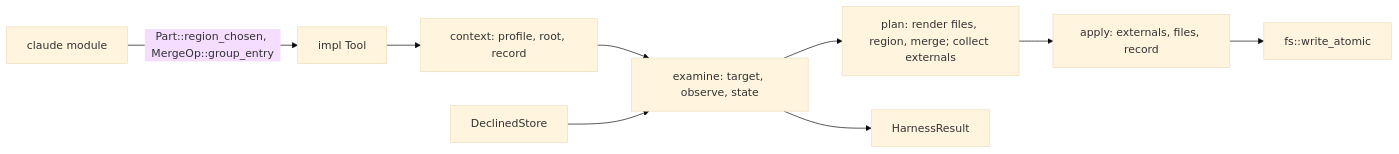
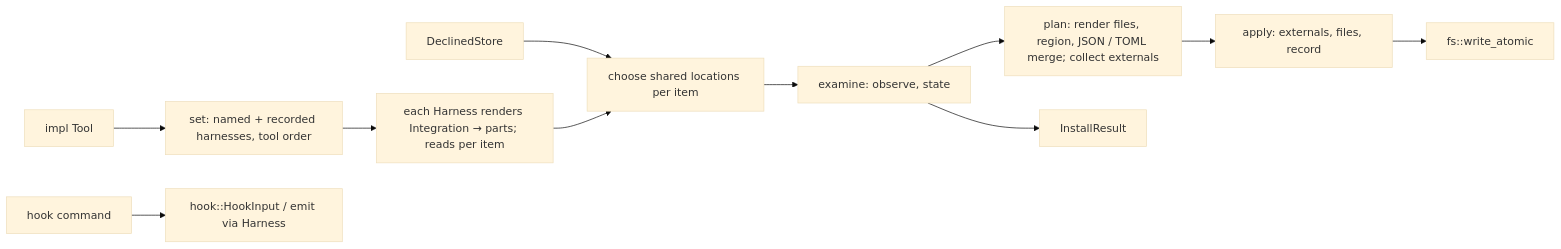
The diagram in .zen/specs/DESIGN-KIT-harness-kit.md (six5536/agent-harness-adapter), drawn with Mermaid (base theme) before and after one commit. The commit also changed other lines of this file and 5 other files, not shown here.

Commit message:
docs: PLAN-010 P1 specs: integration, harness adapters, shared locations, neutral hooks (REQ/DESIGN KIT and HAR)

````diff
--- a/.zen/specs/DESIGN-KIT-harness-kit.md
+++ b/.zen/specs/DESIGN-KIT-harness-kit.md
@@ -15,11 +15,13 @@
 ```mermaid
 flowchart LR
-    Tool[impl Tool] --> Ctx[context: profile, root, record]
-    Ctx --> Examine[examine: target, observe, state]
-    Declined[DeclinedStore] --> Examine
-    Examine --> Plan[plan: render files, region, merge; collect externals]
+    Tool[impl Tool] --> Set[set: named + recorded harnesses, tool order]
+    Set --> Render[each Harness renders Integration → parts; reads per item]
+    Declined[DeclinedStore] --> Choose
+    Render --> Choose[choose shared locations per item]
+    Choose --> Examine[examine: observe, state]
+    Examine --> Plan[plan: render files, region, JSON / TOML merge; collect externals]
     Plan --> Apply[apply: externals, files, record]
     Apply --> Fs[fs::write_atomic]
-    Examine --> Result[HarnessResult]
-    Claude[claude module] -->|Part::region_chosen, MergeOp::group_entry| Tool
+    Examine --> Result[InstallResult]
+    HookCmd[hook command] --> Hook[hook::HookInput / emit via Harness]
 ```
````
